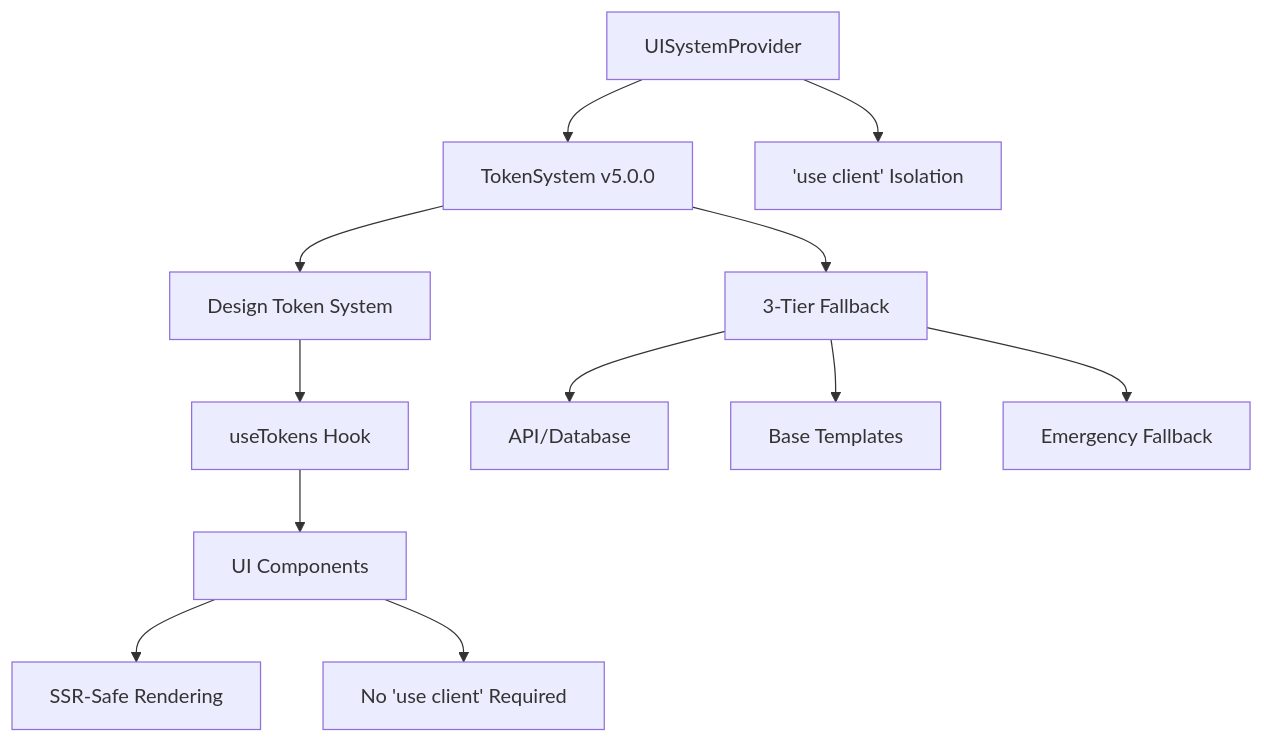
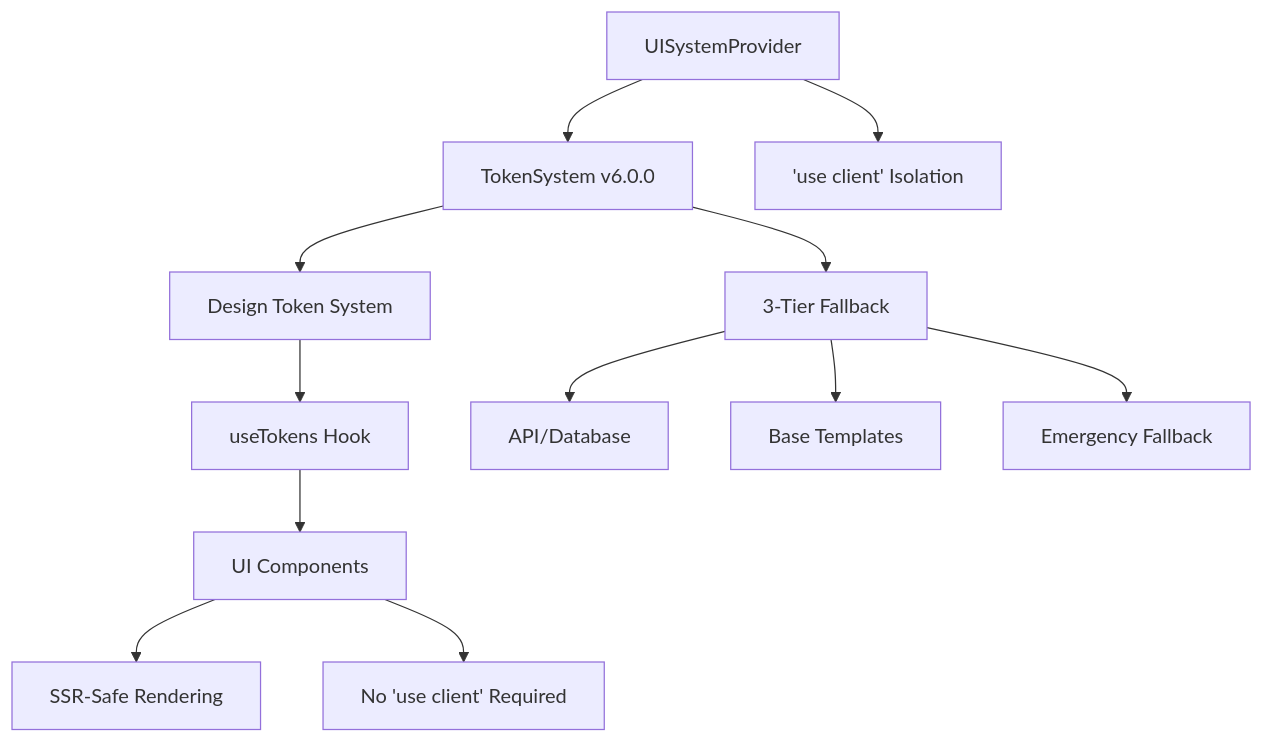
Before and after one commit to Xala-Technologies/Xaheen-platform: the diagram in docs/ui-system/architecture.md, drawn with Mermaid. The commit also changed other lines of this file and 168 other files, not shown here.

````diff
--- a/docs/ui-system/architecture.md
+++ b/docs/ui-system/architecture.md
@@ -45,16 +45,16 @@
 ```mermaid
 graph TD
-    A[UISystemProvider] --> B[TokenSystem v5.0.0]
+    A[UISystemProvider] --> B[TokenSystem v6.0.0]
     B --> C[Design Token System]
     C --> D[useTokens Hook]
     D --> E[UI Components]
     E --> F[SSR-Safe Rendering]
 
     B --> G[3-Tier Fallback]
     G --> H[API/Database]
     G --> I[Base Templates]
     G --> J[Emergency Fallback]
 
     A --> K['use client' Isolation]
     E --> L[No 'use client' Required]
 ```
````
